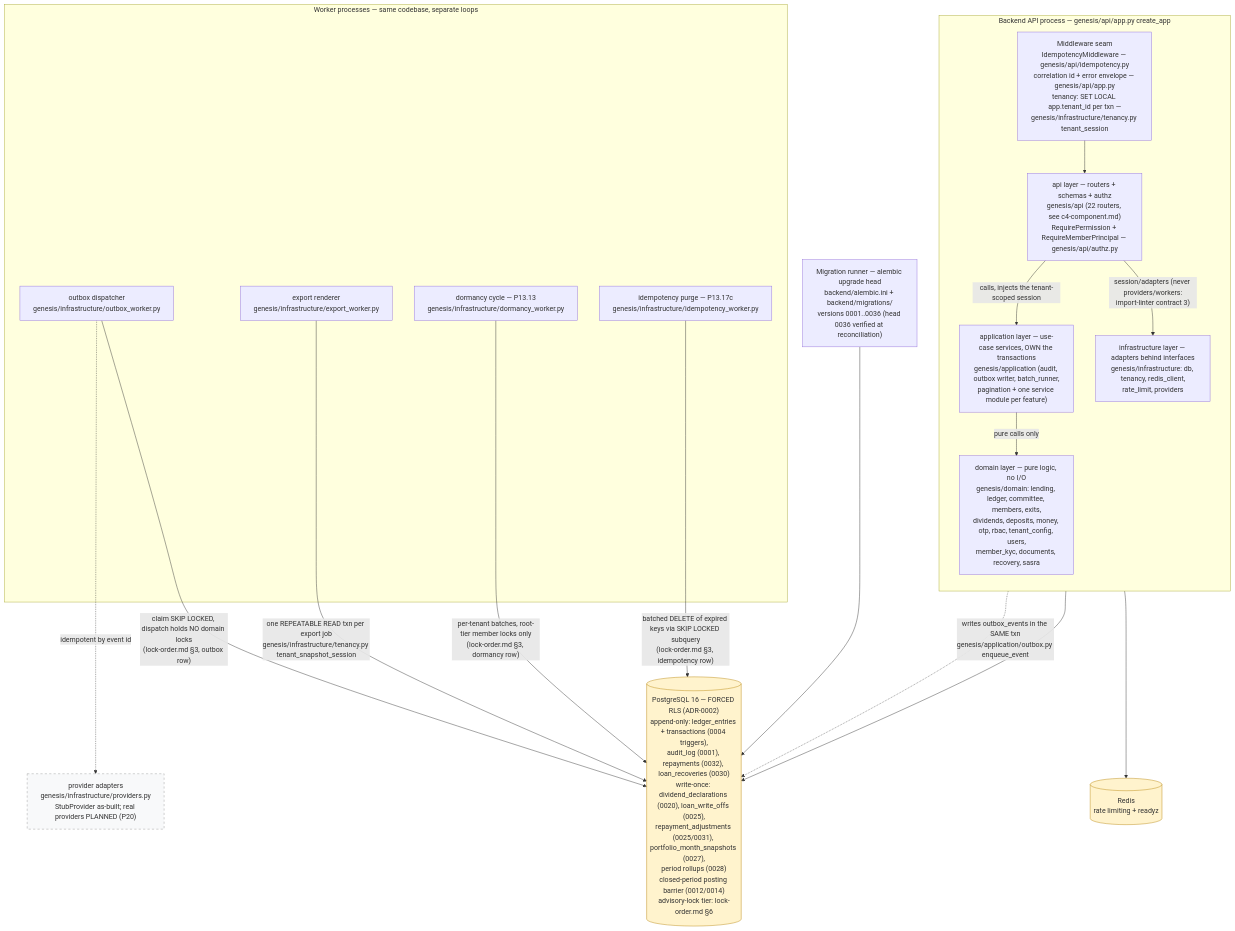
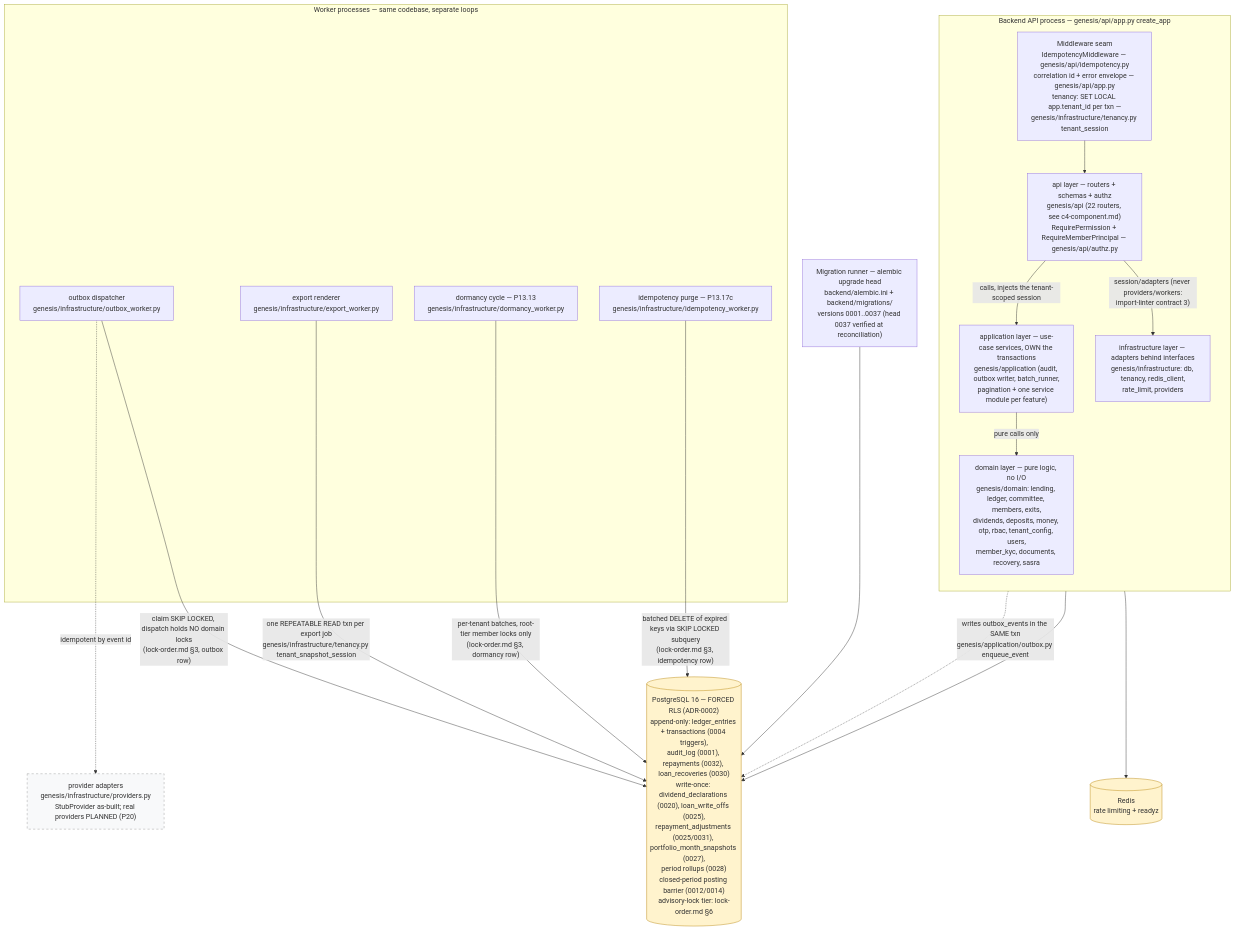
The diagram in docs/diagrams/c4-container.md (Benson-Kim/genesis-sacco), drawn with Mermaid before and after one commit. The commit also changed other lines of this file and 11 other files, not shown here.

````diff
--- a/docs/diagrams/c4-container.md
+++ b/docs/diagrams/c4-container.md
@@ -32,45 +35,45 @@
 ```mermaid
 flowchart TB
     %% Authored against main @ 08541b860f1445b16c342c39b6606d86b9dbeb17
     %% L2 containers — layering per backend/pyproject.toml [tool.importlinter].
 
     subgraph BE["Backend API process — genesis/api/app.py create_app"]
         direction TB
         MW["Middleware seam<br/>IdempotencyMiddleware — genesis/api/idempotency.py<br/>correlation id + error envelope — genesis/api/app.py<br/>tenancy: SET LOCAL app.tenant_id per txn —<br/>genesis/infrastructure/tenancy.py tenant_session"]
         APIL["api layer — routers + schemas + authz<br/>genesis/api (22 routers, see c4-component.md)<br/>RequirePermission + RequireMemberPrincipal — genesis/api/authz.py"]
         APPL["application layer — use-case services, OWN the transactions<br/>genesis/application (audit, outbox writer, batch_runner,<br/>pagination + one service module per feature)"]
         DOM["domain layer — pure logic, no I/O<br/>genesis/domain: lending, ledger, committee, members, exits,<br/>dividends, deposits, money, otp, rbac, tenant_config, users,<br/>member_kyc, documents, recovery, sasra"]
         INF["infrastructure layer — adapters behind interfaces<br/>genesis/infrastructure: db, tenancy, redis_client,<br/>rate_limit, providers"]
         MW --> APIL
         APIL -->|"calls, injects the tenant-scoped session"| APPL
         APPL -->|"pure calls only"| DOM
         APIL -->|"session/adapters (never providers/workers:<br/>import-linter contract 3)"| INF
     end
 
     subgraph WK["Worker processes — same codebase, separate loops"]
         OBW["outbox dispatcher<br/>genesis/infrastructure/outbox_worker.py"]
         EXW["export renderer<br/>genesis/infrastructure/export_worker.py"]
         DMW["dormancy cycle — P13.13<br/>genesis/infrastructure/dormancy_worker.py"]
         IDW["idempotency purge — P13.17c<br/>genesis/infrastructure/idempotency_worker.py"]
     end
 
-    MIG["Migration runner — alembic upgrade head<br/>backend/alembic.ini + backend/migrations/<br/>versions 0001..0036 (head 0036 verified at reconciliation)"]
+    MIG["Migration runner — alembic upgrade head<br/>backend/alembic.ini + backend/migrations/<br/>versions 0001..0037 (head 0037 verified at reconciliation)"]
 
     PG[("PostgreSQL 16 — FORCED RLS (ADR-0002)<br/>append-only: ledger_entries + transactions (0004 triggers),<br/>audit_log (0001), repayments (0032), loan_recoveries (0030)<br/>write-once: dividend_declarations (0020), loan_write_offs (0025),<br/>repayment_adjustments (0025/0031), portfolio_month_snapshots (0027),<br/>period rollups (0028)<br/>closed-period posting barrier (0012/0014)<br/>advisory-lock tier: lock-order.md §6")]
     RD[("Redis<br/>rate limiting + readyz")]
 
     APPL -.->|"writes outbox_events in the SAME txn<br/>genesis/application/outbox.py enqueue_event"| PG
     INF --> PG
     INF --> RD
     OBW -->|"claim SKIP LOCKED, dispatch holds NO domain locks<br/>(lock-order.md §3, outbox row)"| PG
     EXW -->|"one REPEATABLE READ txn per export job<br/>genesis/infrastructure/tenancy.py tenant_snapshot_session"| PG
     DMW -->|"per-tenant batches, root-tier member locks only<br/>(lock-order.md §3, dormancy row)"| PG
     IDW -->|"batched DELETE of expired keys via SKIP LOCKED subquery<br/>(lock-order.md §3, idempotency row)"| PG
     OBW -.->|"idempotent by event id"| PROV["provider adapters<br/>genesis/infrastructure/providers.py<br/>StubProvider as-built; real providers PLANNED (P20)"]
     MIG --> PG
 
     classDef store fill:#fff3cd,stroke:#b8860b;
     class PG,RD store;
     classDef planned fill:#f8f9fa,stroke:#999,stroke-dasharray: 5 5;
     class PROV planned;
 ```
````
